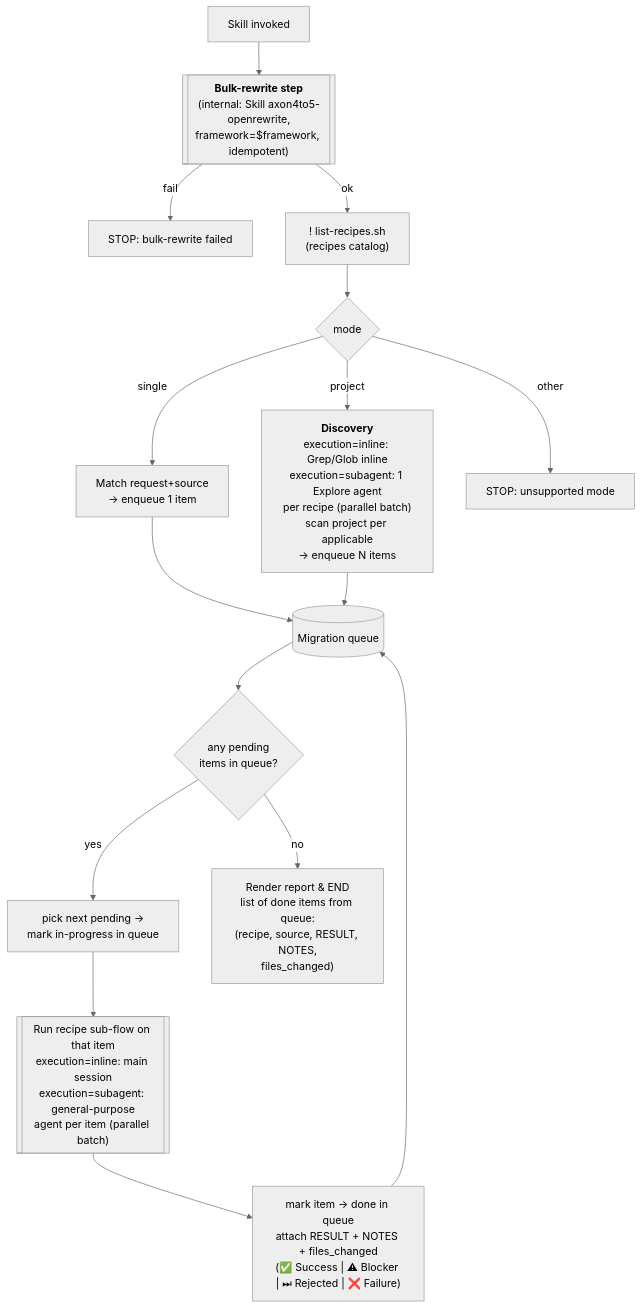
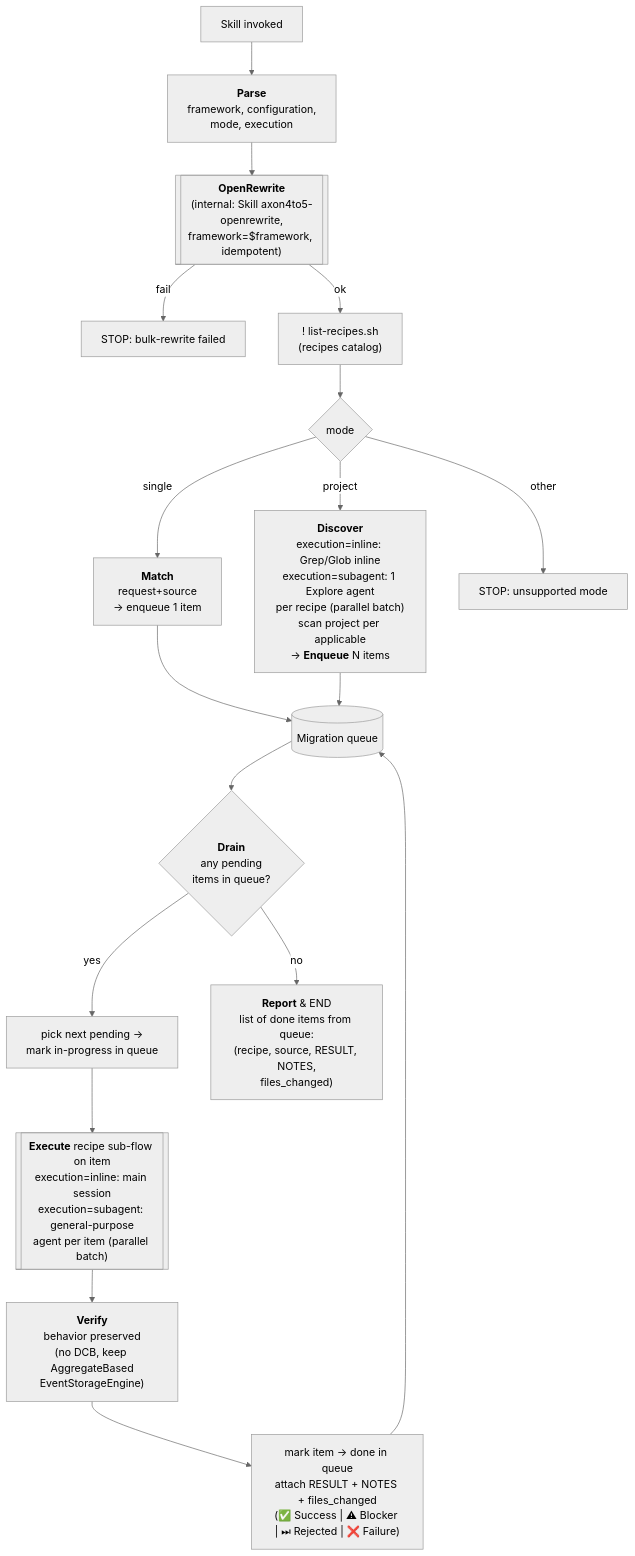
The diagram in skills/axon4to5-migrate/SKILL.md (AxonIQ/agent-skills), drawn with Mermaid (neutral theme) before and after one commit. The commit also changed other lines of this file and 2 other files, not shown here.

First line of the commit message:
skills(axon4to5-migrate): refine `DEFAULT.md`, `SKILL.md`, and recipe documentation for consistency

````diff
--- a/skills/axon4to5-migrate/SKILL.md
+++ b/skills/axon4to5-migrate/SKILL.md
@@ -111,20 +121,22 @@
 ```mermaid
 flowchart TD
-    A[Skill invoked] --> ORW[["<b>Bulk-rewrite step</b><br/>(internal: Skill axon4to5-openrewrite,<br/>framework=$framework, idempotent)"]]
+    A[Skill invoked] --> PARSE["<b>Parse</b><br/>framework, configuration,<br/>mode, execution"]
+    PARSE --> ORW[["<b>OpenRewrite</b><br/>(internal: Skill axon4to5-openrewrite,<br/>framework=$framework, idempotent)"]]
     ORW -- fail --> XORW[STOP: bulk-rewrite failed]
     ORW -- ok --> B["! list-recipes.sh<br/>(recipes catalog)"]
     B --> C{mode}
 %% mode-specific producers — all feed the same queue
-    C -- single --> P1["Match request+source<br/>→ enqueue 1 item"]
-    C -- project --> P2["<b>Discovery</b><br/>execution=inline: Grep/Glob inline<br/>execution=subagent: 1 Explore agent<br/>per recipe (parallel batch)<br/>scan project per applicable<br/>→ enqueue N items"]
+    C -- single --> P1["<b>Match</b><br/>request+source<br/>→ enqueue 1 item"]
+    C -- project --> P2["<b>Discover</b><br/>execution=inline: Grep/Glob inline<br/>execution=subagent: 1 Explore agent<br/>per recipe (parallel batch)<br/>scan project per applicable<br/>→ <b>Enqueue</b> N items"]
     C -- other --> X[STOP: unsupported mode]
     P1 --> Q[(Migration queue)]
     P2 --> Q
 %% shared processing loop — items stay in the queue, state transitions write back to it
-    Q --> L{any pending<br/>items in queue?}
+    Q --> L{<b>Drain</b><br/>any pending<br/>items in queue?}
     L -- yes --> INP["pick next pending →<br/>mark in-progress in queue"]
-    INP --> W[["Run recipe sub-flow on that item<br/>execution=inline: main session<br/>execution=subagent: general-purpose<br/>agent per item (parallel batch)"]]
-    W --> DONE["mark item → done in queue<br/>attach RESULT + NOTES + files_changed<br/>(✅ Success | ⚠ Blocker | ⏭ Rejected | ❌ Failure)"]
+    INP --> W[["<b>Execute</b> recipe sub-flow on item<br/>execution=inline: main session<br/>execution=subagent: general-purpose<br/>agent per item (parallel batch)"]]
+    W --> VER["<b>Verify</b><br/>behavior preserved<br/>(no DCB, keep AggregateBased<br/>EventStorageEngine)"]
+    VER --> DONE["mark item → done in queue<br/>attach RESULT + NOTES + files_changed<br/>(✅ Success | ⚠ Blocker | ⏭ Rejected | ❌ Failure)"]
     DONE --> Q
-    L -- no --> RPT["Render report &amp; END<br/>list of done items from queue:<br/>(recipe, source, RESULT, NOTES,<br/>files_changed)"]
+    L -- no --> RPT["<b>Report</b> &amp; END<br/>list of done items from queue:<br/>(recipe, source, RESULT, NOTES,<br/>files_changed)"]
 ```
````
